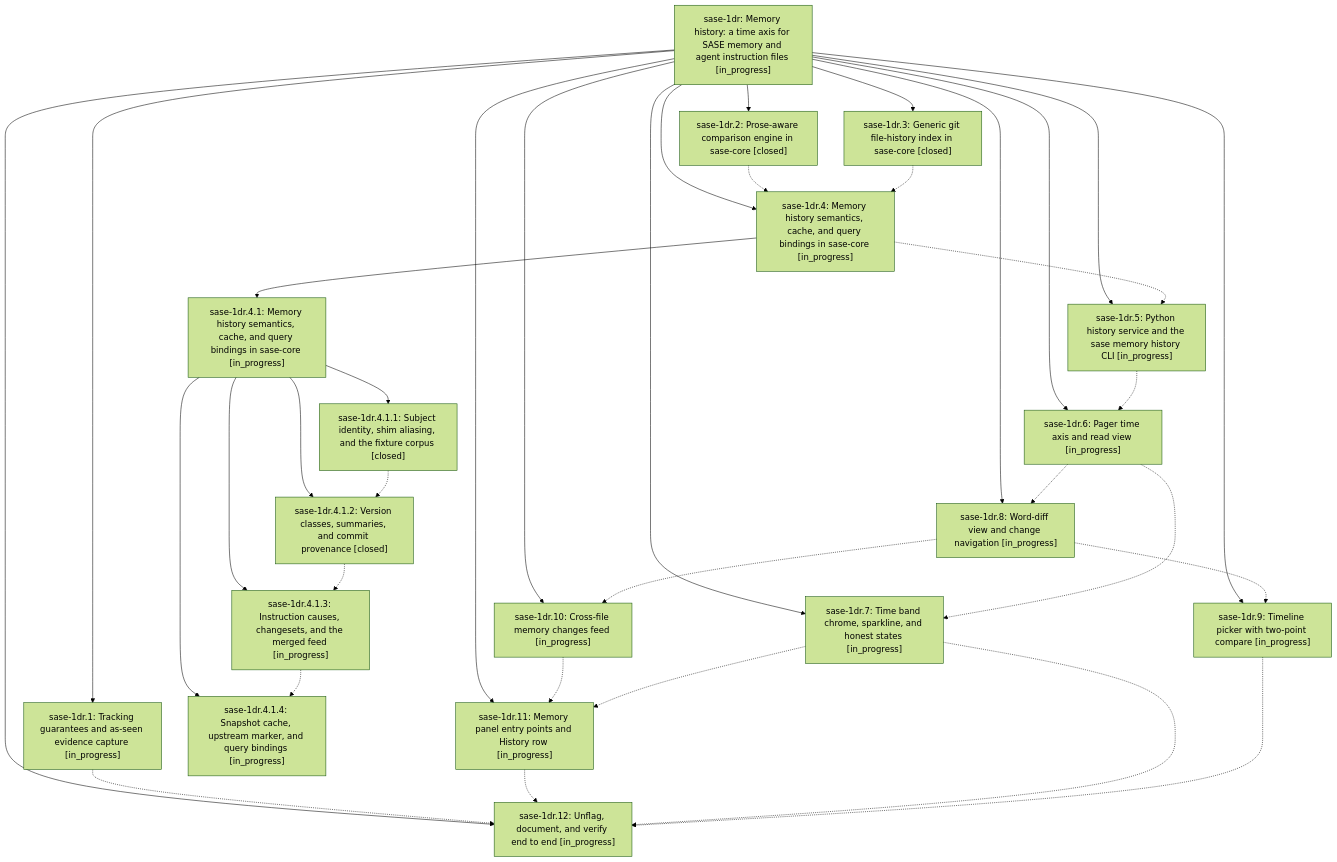
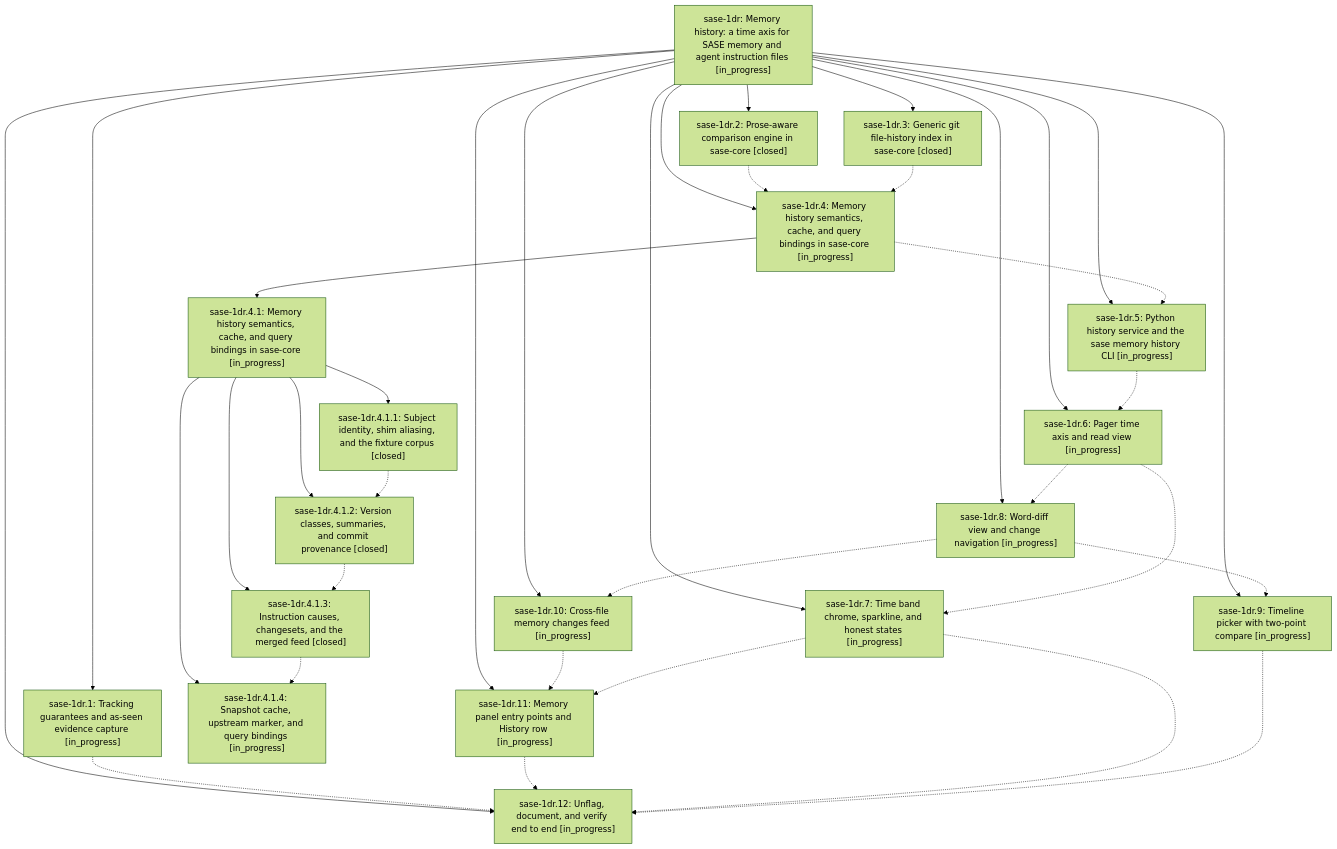
One commit to sase-org/sase--beads changed the diagram in pages/sase-1dr/README.md. Above: the diagram before and after it, drawn with Mermaid (forest theme). The commit also changed other lines of this file and 3 other files, not shown here.

````diff
--- a/pages/sase-1dr/README.md
+++ b/pages/sase-1dr/README.md
@@ -47,55 +47,55 @@
 ```mermaid
 flowchart TD
     n0["sase-1dr: Memory history: a time axis for SASE memory and agent instruction files [in_progress]"]
     n1["sase-1dr.1: Tracking guarantees and as-seen evidence capture [in_progress]"]
     n2["sase-1dr.10: Cross-file memory changes feed [in_progress]"]
     n3["sase-1dr.11: Memory panel entry points and History row [in_progress]"]
     n4["sase-1dr.12: Unflag, document, and verify end to end [in_progress]"]
     n5["sase-1dr.2: Prose-aware comparison engine in sase-core [closed]"]
     n6["sase-1dr.3: Generic git file-history index in sase-core [closed]"]
     n7["sase-1dr.4: Memory history semantics, cache, and query bindings in sase-core [in_progress]"]
     n8["sase-1dr.4.1: Memory history semantics, cache, and query bindings in sase-core [in_progress]"]
     n9["sase-1dr.4.1.1: Subject identity, shim aliasing, and the fixture corpus [closed]"]
     n10["sase-1dr.4.1.2: Version classes, summaries, and commit provenance [closed]"]
-    n11["sase-1dr.4.1.3: Instruction causes, changesets, and the merged feed [in_progress]"]
+    n11["sase-1dr.4.1.3: Instruction causes, changesets, and the merged feed [closed]"]
     n12["sase-1dr.4.1.4: Snapshot cache, upstream marker, and query bindings [in_progress]"]
     n13["sase-1dr.5: Python history service and the sase memory history CLI [in_progress]"]
     n14["sase-1dr.6: Pager time axis and read view [in_progress]"]
     n15["sase-1dr.7: Time band chrome, sparkline, and honest states [in_progress]"]
     n16["sase-1dr.8: Word-diff view and change navigation [in_progress]"]
     n17["sase-1dr.9: Timeline picker with two-point compare [in_progress]"]
     n0 --> n1
     n0 --> n2
     n0 --> n3
     n0 --> n4
     n0 --> n5
     n0 --> n6
     n0 --> n7
     n7 --> n8
     n8 --> n9
     n8 --> n10
     n8 --> n11
     n8 --> n12
     n0 --> n13
     n0 --> n14
     n0 --> n15
     n0 --> n16
     n0 --> n17
     n1 -.-> n4
     n2 -.-> n3
     n3 -.-> n4
     n5 -.-> n7
     n6 -.-> n7
     n7 -.-> n13
     n9 -.-> n10
     n10 -.-> n11
     n11 -.-> n12
     n13 -.-> n14
     n14 -.-> n15
     n14 -.-> n16
     n15 -.-> n3
     n15 -.-> n4
     n16 -.-> n2
     n16 -.-> n17
     n17 -.-> n4
 ```
````
